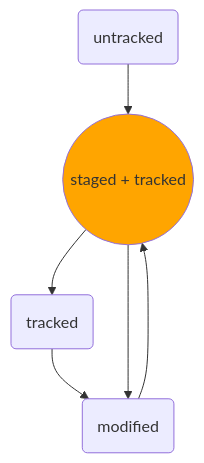
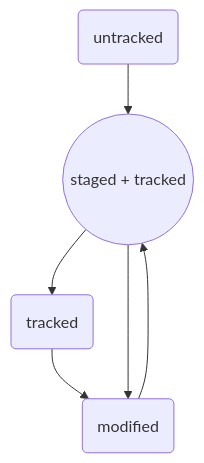
One commit to AleksandrVakarin/GitInstructionMermaid changed the diagram in README.md. Above: the diagram before and after it, drawn with Mermaid.

````diff
--- a/README.md
+++ b/README.md
@@ -93,15 +93,15 @@
 ```mermaid
 flowchart TD;
 	
 	stg((staged + tracked))
 	mdf(modified)
 	untr(untracked)
 	trcd(tracked)
 
 	untr-->stg
 	stg-->trcd
 	trcd-->mdf
 	mdf-->stg
 	stg-->mdf
-	style stg fill: orange
+	style stg fill: F9CA0F
 ```
````
